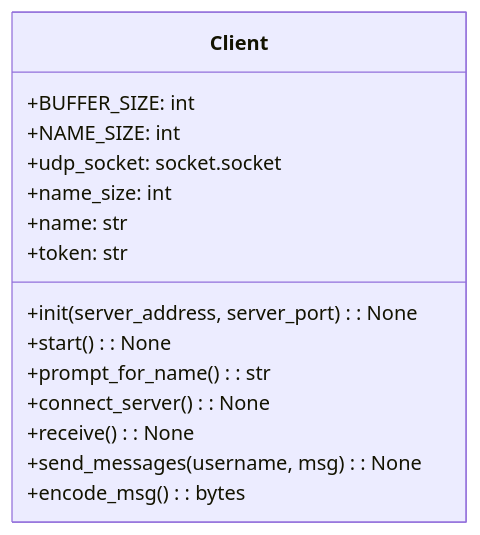
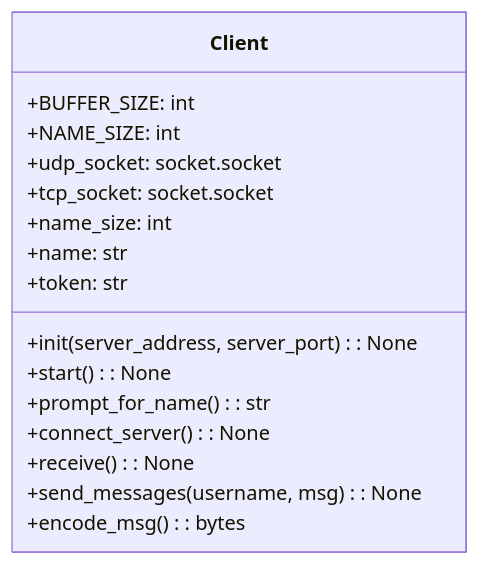
One commit to recursion-backend-team-d/online-chat-messenger changed the second of 2 diagrams in README.md. Above: the diagram before and after it, drawn with Mermaid. The commit also changed other lines of this file, not shown here.

Commit message:
クラス図を更新 #9

````diff
--- a/README.md
+++ b/README.md
@@ -78,19 +48,20 @@
 ```mermaid
 classDiagram
 class Client {
   +BUFFER_SIZE: int
   +NAME_SIZE: int
   +udp_socket: socket.socket
+  +tcp_socket: socket.socket
   +name_size: int
   +name: str
   +token: str
 
   +init(server_address, server_port): None
   +start(): None
   +prompt_for_name(): str
   +connect_server(): None
   +receive(): None
   +send_messages(username, msg): None
   +encode_msg(): bytes
 }
 ```
````
